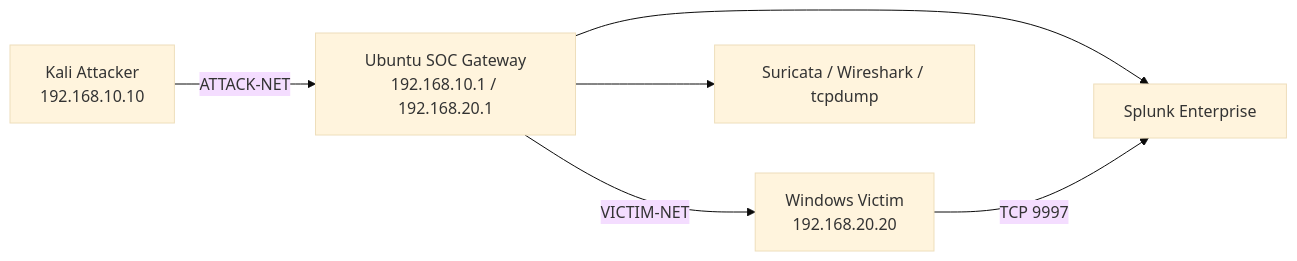
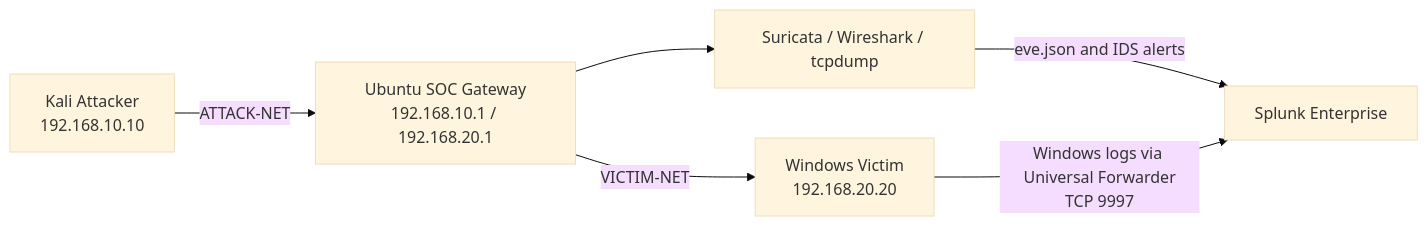
One commit to nehalcanadaedu-maker/soc-network-endpoint-detection-lab changed the diagram in README.md. Above: the diagram before and after it, drawn with Mermaid (base theme).

````diff
--- a/README.md
+++ b/README.md
@@ -29,8 +29,8 @@
 ```mermaid
 flowchart LR
     K[Kali Attacker\n192.168.10.10] -->|ATTACK-NET| U[Ubuntu SOC Gateway\n192.168.10.1 / 192.168.20.1]
     U -->|VICTIM-NET| W[Windows Victim\n192.168.20.20]
-    U --> S[Splunk Enterprise]
     U --> N[Suricata / Wireshark / tcpdump]
-    W -->|TCP 9997| S
+    N -->|eve.json and IDS alerts| S[Splunk Enterprise]
+    W -->|Windows logs via Universal Forwarder\nTCP 9997| S
 ```
````
